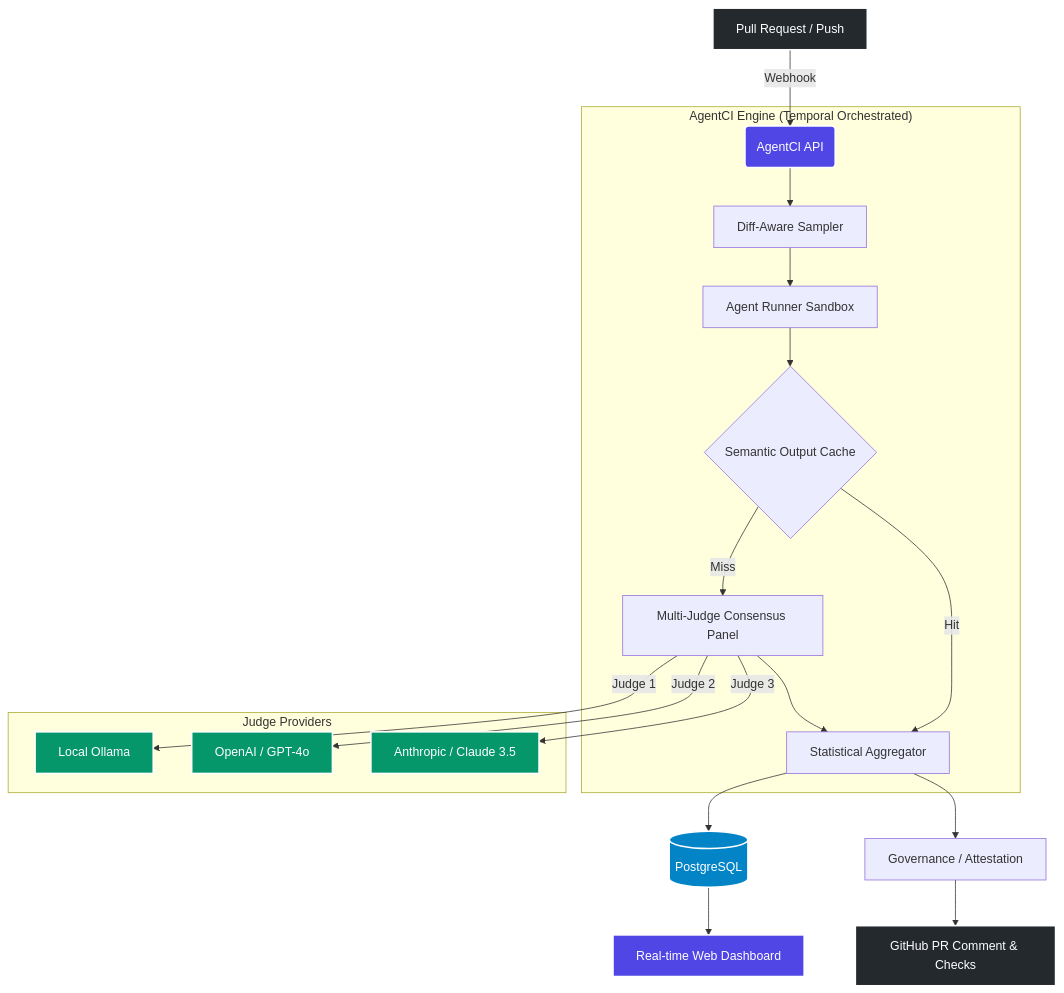
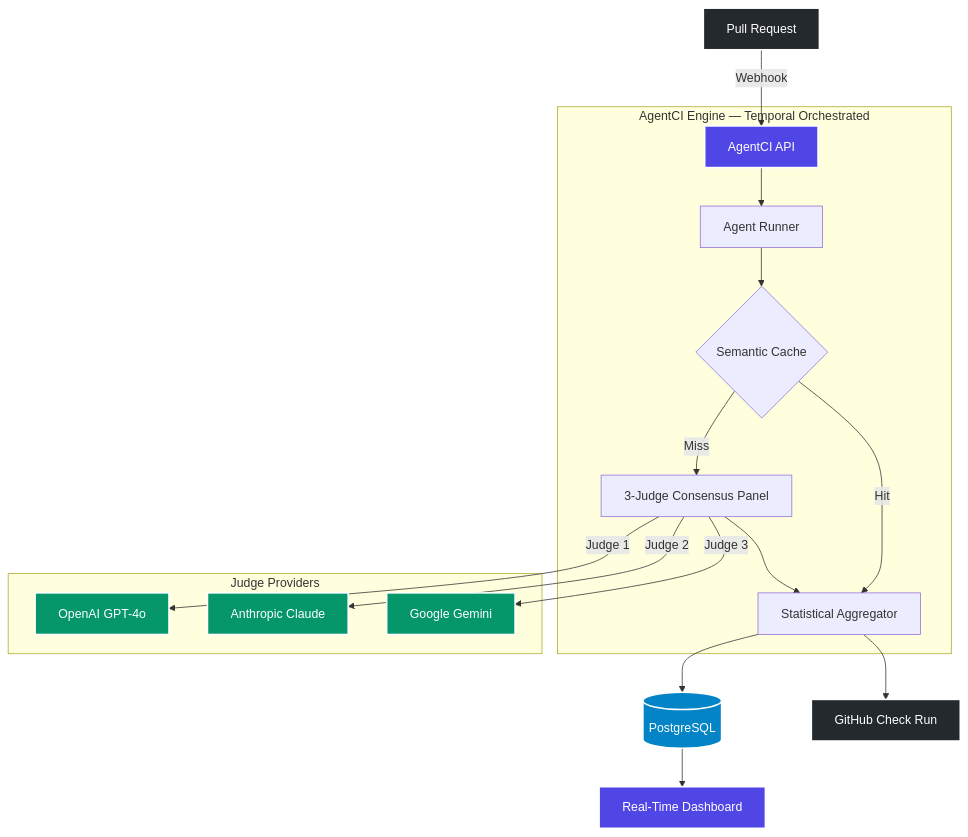
One commit to aaditya8979/AgentCI changed the first of 2 diagrams in README.md. Above: the diagram before and after it, drawn with Mermaid. The commit also changed other lines of this file and 21 other files, not shown here.

````diff
--- a/README.md
+++ b/README.md
@@ -39,29 +117,27 @@
 ```mermaid
 graph TD
-    classDef git fill:#24292e,stroke:#fff,stroke-width:2px,color:#fff;
-    classDef agentci fill:#4f46e5,stroke:#fff,stroke-width:2px,color:#fff;
-    classDef judges fill:#059669,stroke:#fff,stroke-width:2px,color:#fff;
-    classDef db fill:#0284c7,stroke:#fff,stroke-width:2px,color:#fff;
+    classDef git fill:#24292e,stroke:#fff,stroke-width:2px,color:#fff
+    classDef agentci fill:#4f46e5,stroke:#fff,stroke-width:2px,color:#fff
+    classDef judges fill:#059669,stroke:#fff,stroke-width:2px,color:#fff
+    classDef db fill:#0284c7,stroke:#fff,stroke-width:2px,color:#fff
 
-    PR[Pull Request / Push]:::git -->|Webhook| ACI_API(AgentCI API):::agentci
-    
-    subgraph "AgentCI Engine (Temporal Orchestrated)"
-        ACI_API --> DiffSampler[Diff-Aware Sampler]
-        DiffSampler --> Runner[Agent Runner Sandbox]
-        Runner --> Cache{Semantic Output Cache}
-        Cache -->|Hit| Aggregator
-        Cache -->|Miss| Panel[Multi-Judge Consensus Panel]
-        Panel --> Aggregator[Statistical Aggregator]
-    end
-    
-    subgraph "Judge Providers"
-        Panel -->|Judge 1| Ollama[Local Ollama]:::judges
-        Panel -->|Judge 2| GPT[OpenAI / GPT-4o]:::judges
-        Panel -->|Judge 3| Claude[Anthropic / Claude 3.5]:::judges
+    PR["Pull Request"]:::git -->|Webhook| API["AgentCI API"]:::agentci
+
+    subgraph "AgentCI Engine — Temporal Orchestrated"
+        API --> Runner["Agent Runner"]
+        Runner --> Cache{"Semantic Cache"}
+        Cache -->|Hit| Agg["Statistical Aggregator"]
+        Cache -->|Miss| Panel["3-Judge Consensus Panel"]
+        Panel --> Agg
     end
 
-    Aggregator --> DB[(PostgreSQL)]:::db
-    Aggregator --> Attest[Governance / Attestation]
-    Attest --> GithubApp[GitHub PR Comment & Checks]:::git
-    DB --> Dashboard[Real-time Web Dashboard]:::agentci
+    subgraph "Judge Providers"
+        Panel -->|Judge 1| GPT["OpenAI GPT-4o"]:::judges
+        Panel -->|Judge 2| Claude["Anthropic Claude"]:::judges
+        Panel -->|Judge 3| Gemini["Google Gemini"]:::judges
+    end
+
+    Agg --> DB[("PostgreSQL")]:::db
+    Agg --> GH["GitHub Check Run"]:::git
+    DB --> Dash["Real-Time Dashboard"]:::agentci
 ```
````
